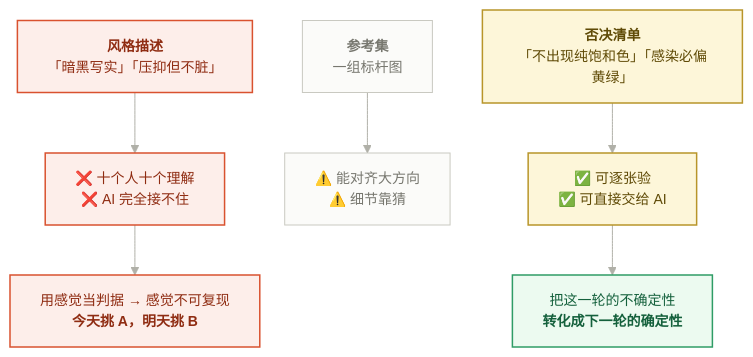
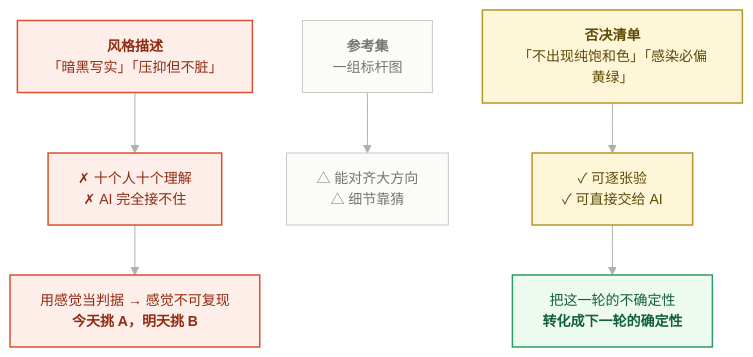
Before and after one commit to kibenwu/kibenwu.github.io: diagram 11 of 13 in _posts/2026-09-17-resource-dimension-intent-to-readable.md, drawn with Mermaid. The commit also changed other lines of this file and 2 other files, not shown here.

Commit message:
posts: 去掉彩色 emoji 图标，修掉三张 quadrantChart 的语法报错
1) 装饰性 emoji 直接删；表示状态的换单色排版符号：✅->✓ ❌->✗ ⚠️->△。2) mermaid 10 的 quadrantChart 词法不接受未加引号的中文，x-axis / y-axis / quadrant-N / 数据点名一律加引号，之前那三张显示 Syntax error 的炸弹图现在正常渲染。用 jsdom + mermaid.parse 全量校验：70 张图 0 失败。

````diff
--- a/_posts/2026-09-17-resource-dimension-intent-to-readable.md
+++ b/_posts/2026-09-17-resource-dimension-intent-to-readable.md
@@ -454,20 +454,20 @@
 ```mermaid
 %%{init:{"theme":"base","themeVariables":{"background":"#ffffff","primaryColor":"#f4f4f1","primaryBorderColor":"#a8a8a0","primaryTextColor":"#33332f","secondaryColor":"#fbfbf9","tertiaryColor":"#fbfbf9","lineColor":"#b0b0a8","textColor":"#33332f","edgeLabelBackground":"#ffffff","clusterBkg":"#fafaf8","clusterBorder":"#d4d4cc","fontFamily":"-apple-system,Segoe UI,Microsoft YaHei,sans-serif","fontSize":"14px"}}}%%
 flowchart TB
-    A["<b>风格描述</b><br/>「暗黑写实」「压抑但不脏」"] --> A2["❌ 十个人十个理解<br/>❌ AI 完全接不住"]
-    B["<b>参考集</b><br/>一组标杆图"] --> B2["⚠️ 能对齐大方向<br/>⚠️ 细节靠猜"]
-    C["<b>否决清单</b><br/>「不出现纯饱和色」「感染必偏黄绿」"] --> C2["✅ 可逐张验<br/>✅ 可直接交给 AI"]
+    A["<b>风格描述</b><br/>「暗黑写实」「压抑但不脏」"] --> A2["✗ 十个人十个理解<br/>✗ AI 完全接不住"]
+    B["<b>参考集</b><br/>一组标杆图"] --> B2["△ 能对齐大方向<br/>△ 细节靠猜"]
+    C["<b>否决清单</b><br/>「不出现纯饱和色」「感染必偏黄绿」"] --> C2["✓ 可逐张验<br/>✓ 可直接交给 AI"]
     A2 --> Z["用感觉当判据 → 感觉不可复现<br/><b>今天挑 A，明天挑 B</b>"]
     C2 --> Y["把这一轮的不确定性<br/><b>转化成下一轮的确定性</b>"]
 
     classDef acc fill:#fdf6d9,stroke:#b8952a,color:#5f4a06,stroke-width:1.5px
     classDef bad fill:#fdeeea,stroke:#d9522f,color:#8f2c12,stroke-width:1.5px
     classDef good fill:#ecfaf0,stroke:#2f9c66,color:#14603c,stroke-width:1.5px
     classDef base fill:#f4f4f1,stroke:#a8a8a0,color:#33332f
     classDef gap fill:#fbfbf9,stroke:#c9c9c1,color:#77776f
     class A,A2 bad
     class B,B2 gap
     class C,C2 acc
     class Z bad
     class Y good
 ```
````
